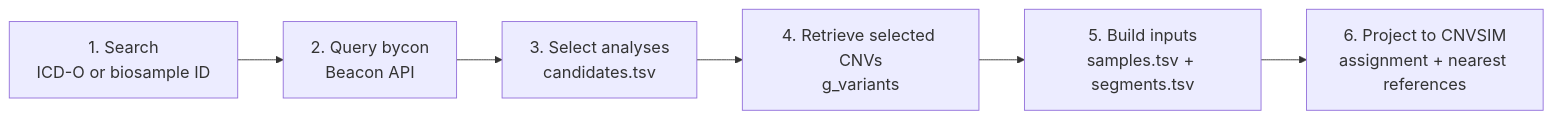
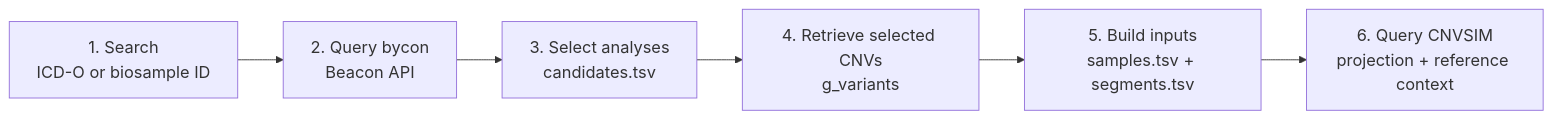
One commit to baudisgroup/CNVSIM changed the diagram in README.md. Above: the diagram before and after it, drawn with Mermaid. The commit also changed other lines of this file, not shown here.

````diff
--- a/README.md
+++ b/README.md
@@ -162,9 +253,9 @@
 ```mermaid
 %%{init: {"themeVariables": {"fontSize": "18px"}}}%%
 flowchart LR
     query["1. Search<br/>ICD-O or biosample ID"] --> api["2. Query bycon<br/>Beacon API"]
     api --> review["3. Select analyses<br/>candidates.tsv"]
     review --> variants["4. Retrieve selected CNVs<br/>g_variants"]
     variants --> inputs["5. Build inputs<br/>samples.tsv + segments.tsv"]
-    inputs --> output["6. Project to CNVSIM<br/>assignment + nearest references"]
+    inputs --> output["6. Query CNVSIM<br/>projection + reference context"]
 ```
````
